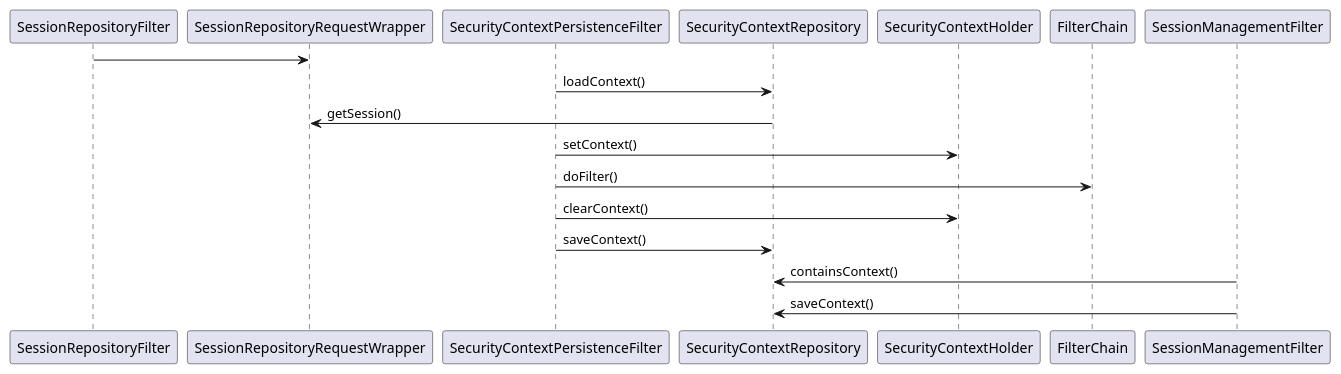
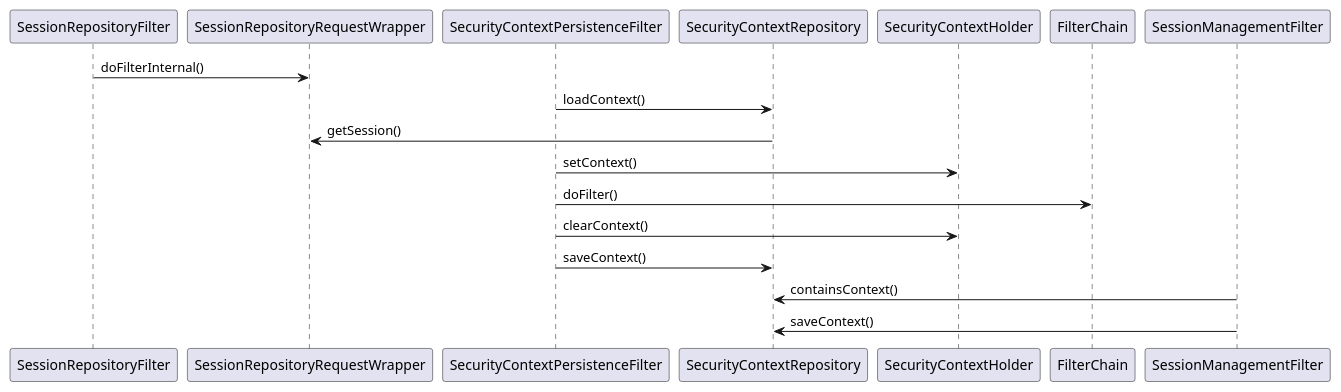
One commit to fessionalpro/wings-doc changed the diagram in src/3-slardar/3e-auth-session.md. Above: the diagram before and after it, drawn with PlantUML. The commit also changed other lines of this file and 167 other files, not shown here.

Commit message:
📌 hope rc.48: icon, plantuml

````diff
--- a/src/3-slardar/3e-auth-session.md
+++ b/src/3-slardar/3e-auth-session.md
@@ -100,13 +100,11 @@
-```plantuml
 @startuml
-SessionRepositoryFilter -> SessionRepositoryRequestWrapper
+SessionRepositoryFilter -> SessionRepositoryRequestWrapper: doFilterInternal()
 SecurityContextPersistenceFilter -> SecurityContextRepository: loadContext()
 SecurityContextRepository -> SessionRepositoryRequestWrapper: getSession()
 SecurityContextPersistenceFilter -> SecurityContextHolder: setContext()
 SecurityContextPersistenceFilter -> FilterChain: doFilter()
 SecurityContextPersistenceFilter -> SecurityContextHolder: clearContext()
 SecurityContextPersistenceFilter -> SecurityContextRepository: saveContext()
 SessionManagementFilter -> SecurityContextRepository: containsContext()
 SessionManagementFilter -> SecurityContextRepository: saveContext()
 @enduml
-```
````
